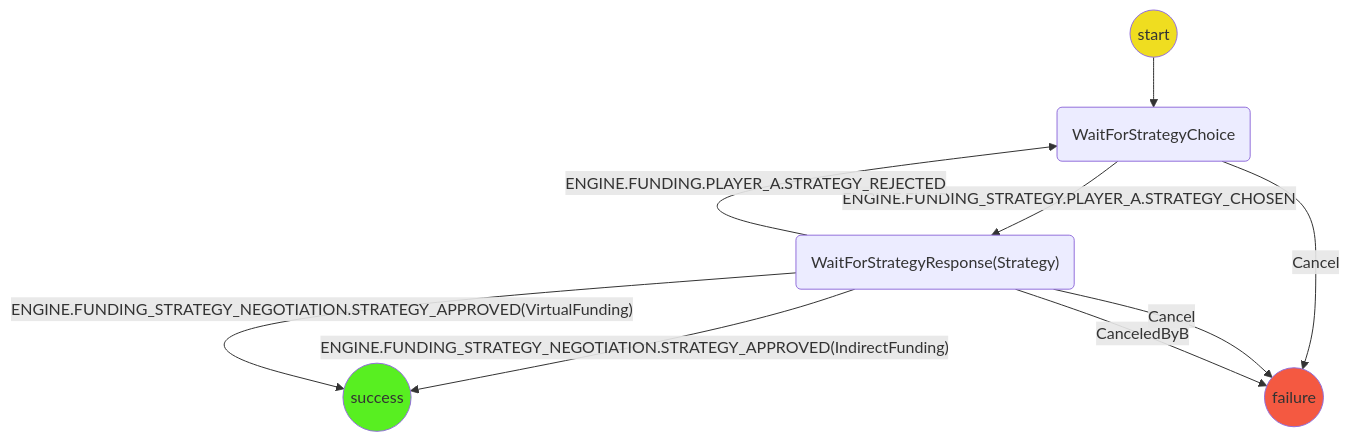
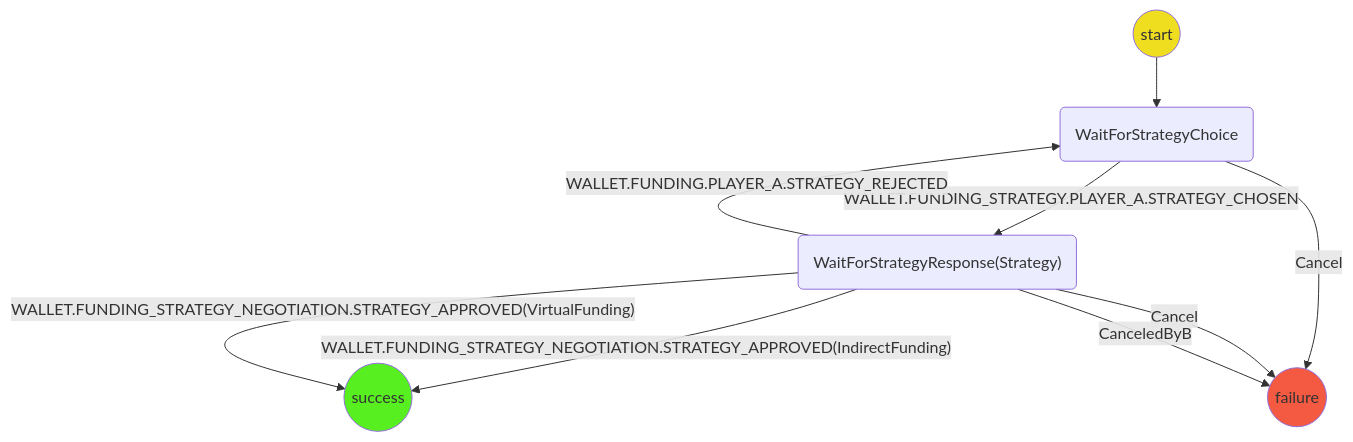
One commit to statechannels/statechannels changed the first of 2 diagrams in packages/wallet/src/redux/protocols/funding-strategy-negotiation/readme.md. Above: the diagram before and after it, drawn with Mermaid. The commit also changed other lines of this file and 124 other files, not shown here.

Commit message:
chore: rename all instances of engine to wallet

````diff
--- a/packages/wallet/src/redux/protocols/funding-strategy-negotiation/readme.md
+++ b/packages/wallet/src/redux/protocols/funding-strategy-negotiation/readme.md
@@ -11,24 +11,24 @@
 ```mermaid
 graph TD
 linkStyle default interpolate basis
   S((start)) --> WFSC(WaitForStrategyChoice)
 
-  WFSC --> |ENGINE.FUNDING_STRATEGY.PLAYER_A.STRATEGY_CHOSEN| WFSR("WaitForStrategyResponse(Strategy)")
-  WFSR --> |"ENGINE.FUNDING_STRATEGY_NEGOTIATION.STRATEGY_APPROVED(IndirectFunding)"|SS((success))
-  WFSR --> |"ENGINE.FUNDING_STRATEGY_NEGOTIATION.STRATEGY_APPROVED(VirtualFunding)"|SS((success))
+  WFSC --> |WALLET.FUNDING_STRATEGY.PLAYER_A.STRATEGY_CHOSEN| WFSR("WaitForStrategyResponse(Strategy)")
+  WFSR --> |"WALLET.FUNDING_STRATEGY_NEGOTIATION.STRATEGY_APPROVED(IndirectFunding)"|SS((success))
+  WFSR --> |"WALLET.FUNDING_STRATEGY_NEGOTIATION.STRATEGY_APPROVED(VirtualFunding)"|SS((success))
 
-  WFSR --> |ENGINE.FUNDING.PLAYER_A.STRATEGY_REJECTED| WFSC
+  WFSR --> |WALLET.FUNDING.PLAYER_A.STRATEGY_REJECTED| WFSC
 
   WFSC --> |Cancel| F((failure))
   WFSR --> |Cancel| F
   WFSR --> |CanceledByB| F
 
   classDef logic fill:#efdd20;
   classDef Success fill:#58ef21;
   classDef Failure fill:#f45941;
   classDef WaitForChildProtocol stroke:#333,stroke-width:4px,color:#ffff,fill:#333;
   class S logic;
   class SS Success;
   class F Failure;
   class WFVF,WFIF,WFAC WaitForChildProtocol;
 ```
````
